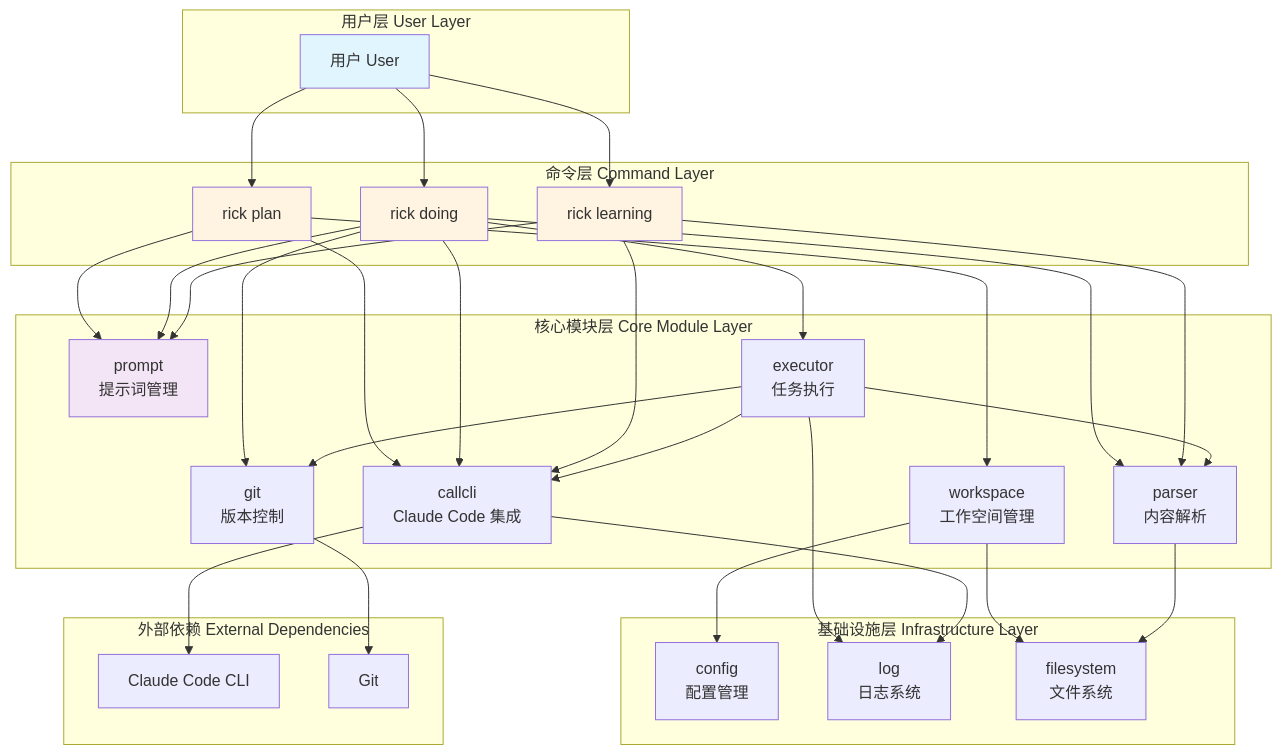
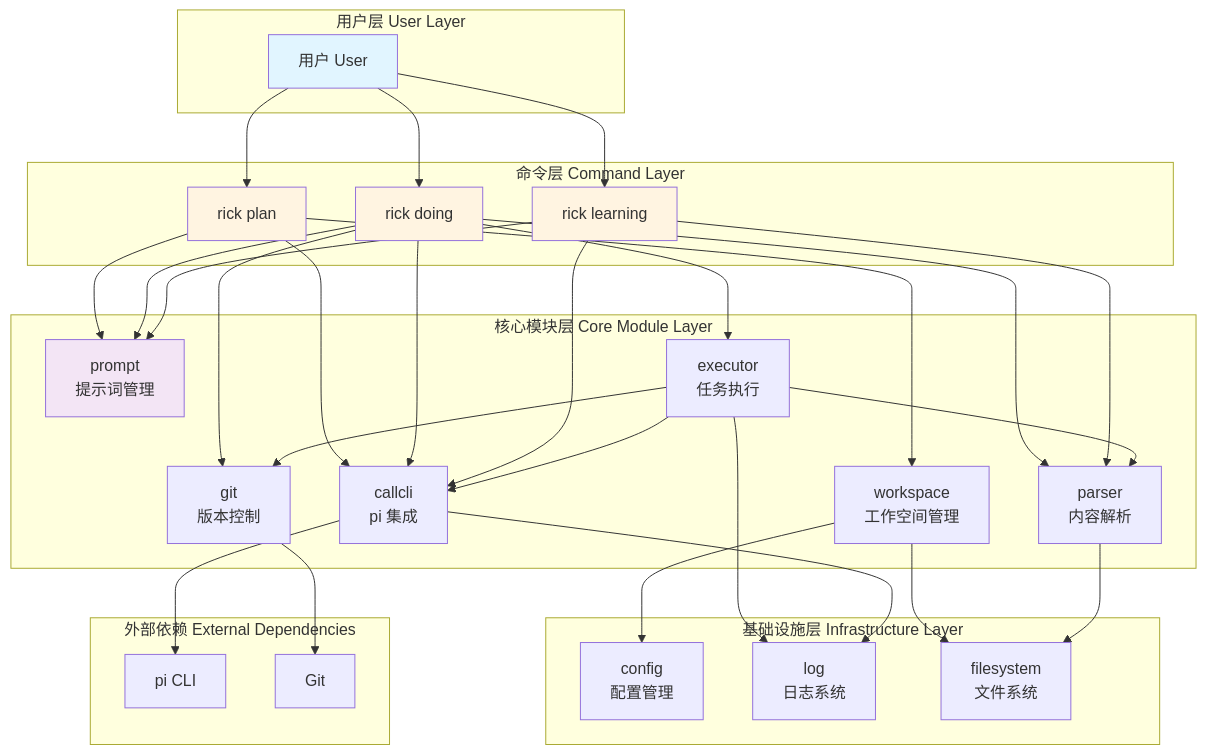
One commit to logic-math/rick changed the third of 5 diagrams in wiki/architecture.md. Above: the diagram before and after it, drawn with Mermaid. The commit also changed other lines of this file and 43 other files, not shown here.

````diff
--- a/wiki/architecture.md
+++ b/wiki/architecture.md
@@ -141,68 +141,68 @@
 ```mermaid
 graph TB
     subgraph "用户层 User Layer"
         U[用户 User]
     end
 
     subgraph "命令层 Command Layer"
         CMD_PLAN[rick plan]
         CMD_DOING[rick doing]
         CMD_LEARNING[rick learning]
     end
 
     subgraph "核心模块层 Core Module Layer"
         MOD_WS[workspace<br/>工作空间管理]
         MOD_PARSER[parser<br/>内容解析]
         MOD_PROMPT[prompt<br/>提示词管理]
         MOD_EXEC[executor<br/>任务执行]
         MOD_GIT[git<br/>版本控制]
-        MOD_CLI[callcli<br/>Claude Code 集成]
+        MOD_CLI[callcli<br/>pi 集成]
     end
 
     subgraph "基础设施层 Infrastructure Layer"
         INF_CONFIG[config<br/>配置管理]
         INF_LOG[log<br/>日志系统]
         INF_FS[filesystem<br/>文件系统]
     end
 
     subgraph "外部依赖 External Dependencies"
-        EXT_CLAUDE[Claude Code CLI]
+        EXT_PI[pi CLI]
         EXT_GIT[Git]
     end
 
     U --> CMD_PLAN
     U --> CMD_DOING
     U --> CMD_LEARNING
 
     CMD_PLAN --> MOD_WS
     CMD_PLAN --> MOD_PROMPT
     CMD_PLAN --> MOD_CLI
 
     CMD_DOING --> MOD_PARSER
     CMD_DOING --> MOD_EXEC
     CMD_DOING --> MOD_GIT
     CMD_DOING --> MOD_PROMPT
     CMD_DOING --> MOD_CLI
 
     CMD_LEARNING --> MOD_PARSER
     CMD_LEARNING --> MOD_PROMPT
     CMD_LEARNING --> MOD_CLI
 
     MOD_WS --> INF_FS
     MOD_PARSER --> INF_FS
     MOD_EXEC --> MOD_PARSER
     MOD_EXEC --> MOD_GIT
     MOD_EXEC --> MOD_CLI
-    MOD_CLI --> EXT_CLAUDE
+    MOD_CLI --> EXT_PI
     MOD_GIT --> EXT_GIT
 
     MOD_WS --> INF_CONFIG
     MOD_EXEC --> INF_LOG
     MOD_CLI --> INF_LOG
 
     style U fill:#e1f5ff
     style CMD_PLAN fill:#fff4e1
     style CMD_DOING fill:#fff4e1
     style CMD_LEARNING fill:#fff4e1
     style MOD_PROMPT fill:#f3e5f5
 ```
````
